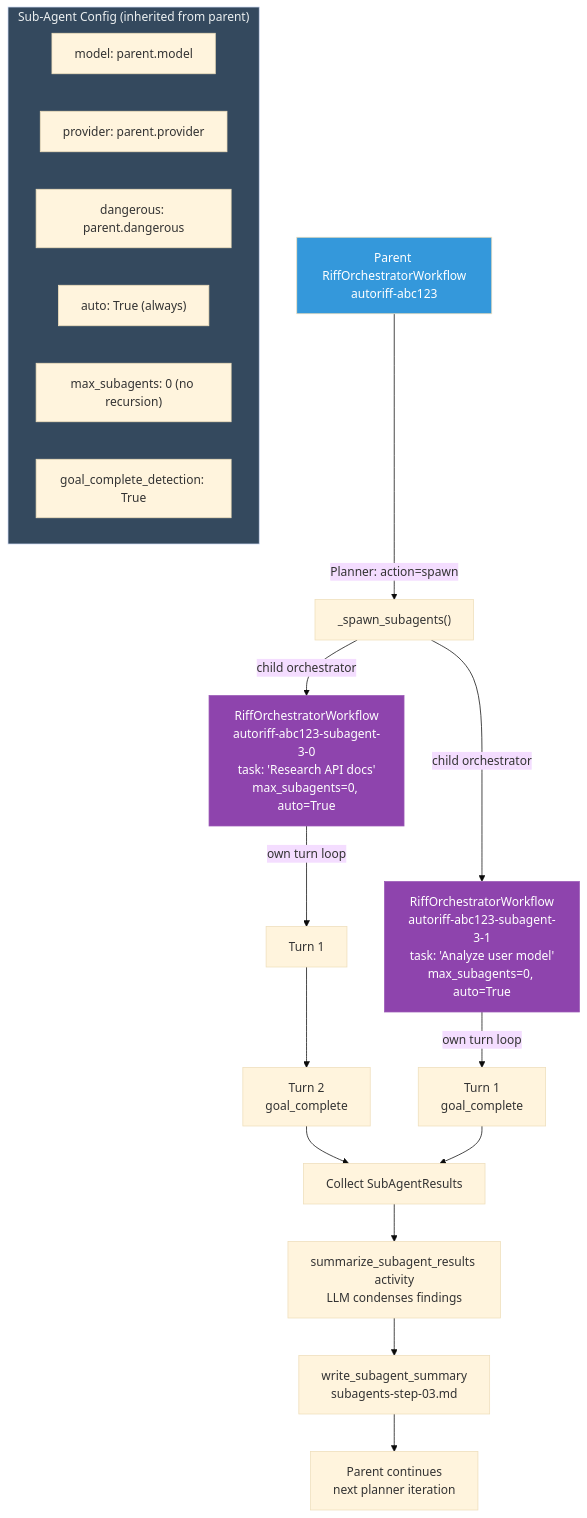
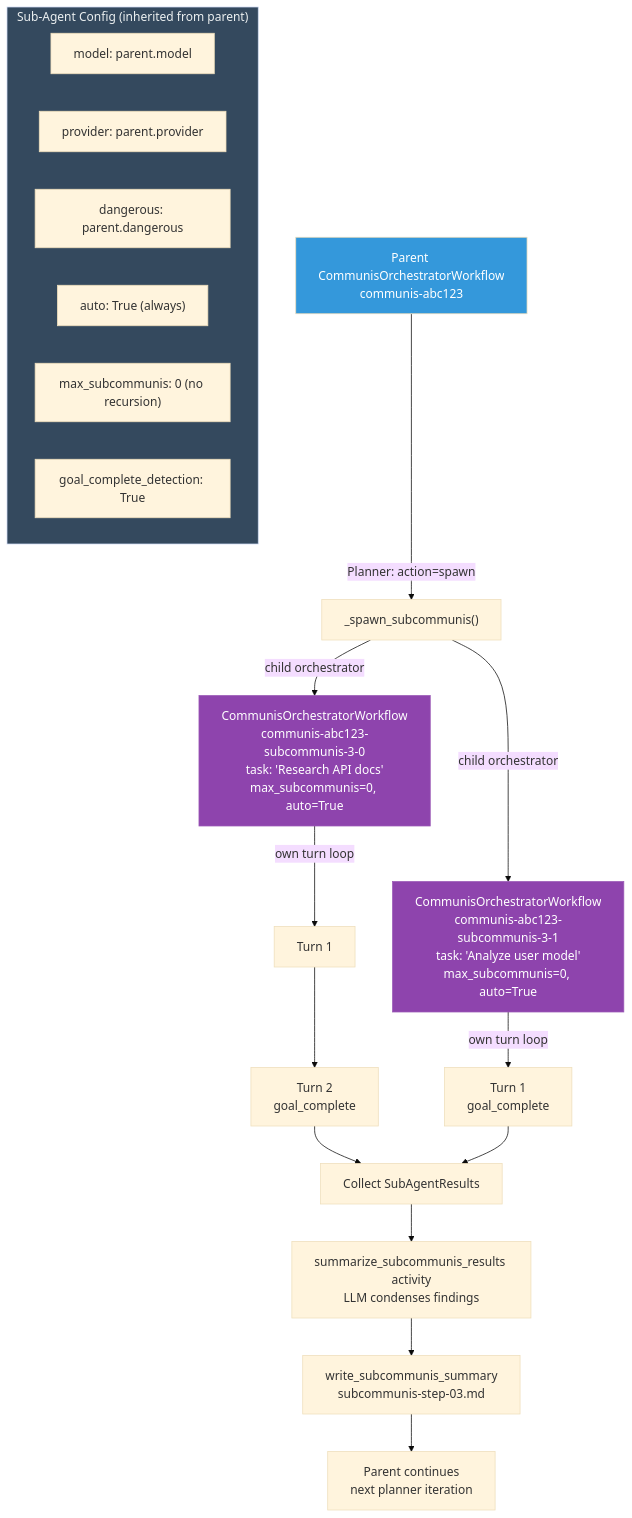
The third of 6 diagrams in docs/process-diagram-b9e8516e.md (andrewjlavoie/communis-agent), drawn with Mermaid (base theme) before and after one commit. The commit also changed other lines of this file and 25 other files, not shown here.

First line of the commit message:
Rename project from autoRiff to communis

````diff
--- a/docs/process-diagram-b9e8516e.md
+++ b/docs/process-diagram-b9e8516e.md
@@ -144,35 +144,35 @@
 ```mermaid
 flowchart TD
-    PARENT["Parent RiffOrchestratorWorkflow<br/>autoriff-abc123"]
+    PARENT["Parent CommunisOrchestratorWorkflow<br/>communis-abc123"]
 
-    PARENT -->|"Planner: action=spawn"| SPAWN_FN["_spawn_subagents()"]
+    PARENT -->|"Planner: action=spawn"| SPAWN_FN["_spawn_subcommunis()"]
 
-    SPAWN_FN -->|"child orchestrator"| SA1["RiffOrchestratorWorkflow<br/>autoriff-abc123-subagent-3-0<br/>task: 'Research API docs'<br/>max_subagents=0, auto=True"]
-    SPAWN_FN -->|"child orchestrator"| SA2["RiffOrchestratorWorkflow<br/>autoriff-abc123-subagent-3-1<br/>task: 'Analyze user model'<br/>max_subagents=0, auto=True"]
+    SPAWN_FN -->|"child orchestrator"| SA1["CommunisOrchestratorWorkflow<br/>communis-abc123-subcommunis-3-0<br/>task: 'Research API docs'<br/>max_subcommunis=0, auto=True"]
+    SPAWN_FN -->|"child orchestrator"| SA2["CommunisOrchestratorWorkflow<br/>communis-abc123-subcommunis-3-1<br/>task: 'Analyze user model'<br/>max_subcommunis=0, auto=True"]
 
     SA1 -->|"own turn loop"| SA1T1["Turn 1"]
     SA1T1 --> SA1T2["Turn 2<br/>goal_complete"]
     SA2 -->|"own turn loop"| SA2T1["Turn 1<br/>goal_complete"]
 
     SA1T2 --> COLLECT["Collect SubAgentResults"]
     SA2T1 --> COLLECT
 
-    COLLECT --> SUMMARIZE["summarize_subagent_results activity<br/>LLM condenses findings"]
-    SUMMARIZE --> WRITE["write_subagent_summary<br/>subagents-step-03.md"]
+    COLLECT --> SUMMARIZE["summarize_subcommunis_results activity<br/>LLM condenses findings"]
+    SUMMARIZE --> WRITE["write_subcommunis_summary<br/>subcommunis-step-03.md"]
     WRITE --> CONTINUE["Parent continues<br/>next planner iteration"]
 
     subgraph SUB_CONFIG["Sub-Agent Config (inherited from parent)"]
         direction LR
         SC1["model: parent.model"]
         SC2["provider: parent.provider"]
         SC3["dangerous: parent.dangerous"]
         SC4["auto: True (always)"]
-        SC5["max_subagents: 0 (no recursion)"]
+        SC5["max_subcommunis: 0 (no recursion)"]
         SC6["goal_complete_detection: True"]
     end
 
     style PARENT fill:#3498db,color:#fff
     style SA1 fill:#8e44ad,stroke:#9b59b6,color:#fff
     style SA2 fill:#8e44ad,stroke:#9b59b6,color:#fff
     style SUB_CONFIG fill:#34495e,color:#ecf0f1
 ```
````
